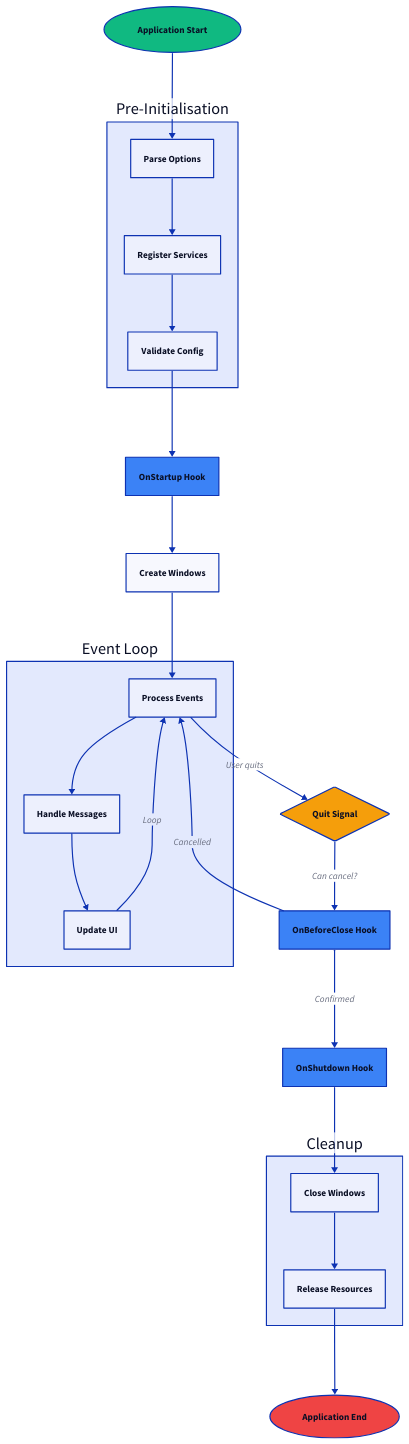
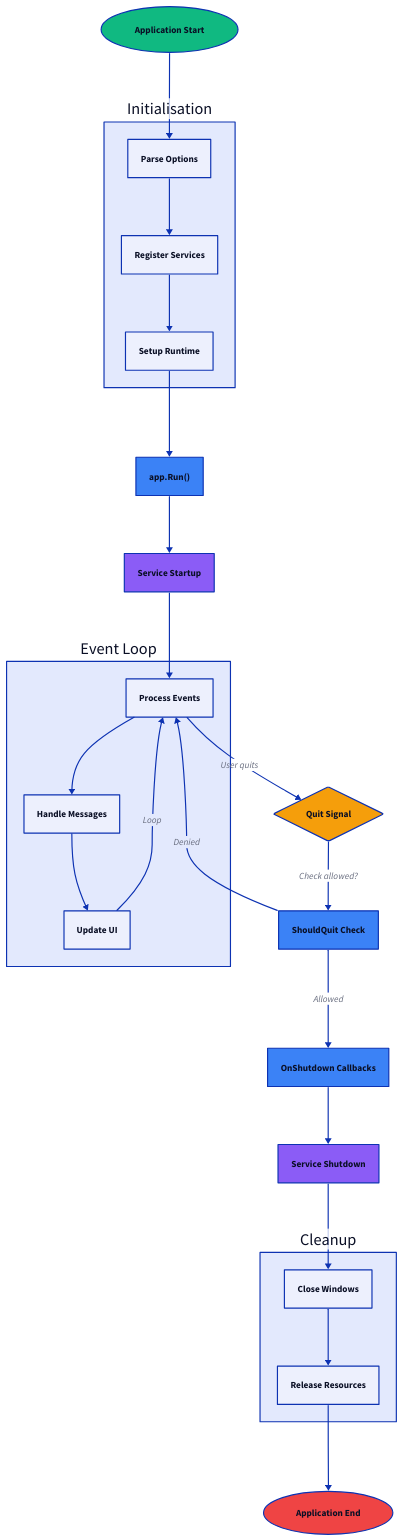
Before and after one commit to wailsapp/wails: the first of 2 diagrams in docs/src/content/docs/concepts/lifecycle.mdx, drawn with D2. The commit also changed other lines of this file and 2 other files, not shown here.

````diff
--- a/docs/src/content/docs/concepts/lifecycle.mdx
+++ b/docs/src/content/docs/concepts/lifecycle.mdx
@@ -21,25 +21,26 @@
   style.fill: "#10B981"
 }
 
-PreInit: "Pre-Initialisation" {
+Init: "Initialisation" {
   Parse: "Parse Options" {
     shape: rectangle
   }
   Register: "Register Services" {
     shape: rectangle
   }
-  Validate: "Validate Config" {
+  Setup: "Setup Runtime" {
     shape: rectangle
   }
 }
 
-OnStartup: "OnStartup Hook" {
+AppRun: "app.Run()" {
   shape: rectangle
   style.fill: "#3B82F6"
 }
 
-CreateWindows: "Create Windows" {
+ServiceStartup: "Service Startup" {
   shape: rectangle
+  style.fill: "#8B5CF6"
 }
 
 EventLoop: "Event Loop" {
@@ -59,14 +60,19 @@
   style.fill: "#F59E0B"
 }
 
-OnBeforeClose: "OnBeforeClose Hook" {
+ShouldQuit: "ShouldQuit Check" {
   shape: rectangle
   style.fill: "#3B82F6"
 }
 
-OnShutdown: "OnShutdown Hook" {
+OnShutdown: "OnShutdown Callbacks" {
   shape: rectangle
   style.fill: "#3B82F6"
+}
+
+ServiceShutdown: "Service Shutdown" {
+  shape: rectangle
+  style.fill: "#8B5CF6"
 }
 
 Cleanup: "Cleanup" {
@@ -83,20 +89,21 @@
   style.fill: "#EF4444"
 }
 
-Start -> PreInit.Parse
-PreInit.Parse -> PreInit.Register
-PreInit.Register -> PreInit.Validate
-PreInit.Validate -> OnStartup
-OnStartup -> CreateWindows
-CreateWindows -> EventLoop.Process
+Start -> Init.Parse
+Init.Parse -> Init.Register
+Init.Register -> Init.Setup
+Init.Setup -> AppRun
+AppRun -> ServiceStartup
+ServiceStartup -> EventLoop.Process
 EventLoop.Process -> EventLoop.Handle
 EventLoop.Handle -> EventLoop.Update
 EventLoop.Update -> EventLoop.Process: "Loop"
 EventLoop.Process -> QuitSignal: "User quits"
-QuitSignal -> OnBeforeClose: "Can cancel?"
-OnBeforeClose -> EventLoop.Process: "Cancelled"
-OnBeforeClose -> OnShutdown: "Confirmed"
-OnShutdown -> Cleanup.Close
+QuitSignal -> ShouldQuit: "Check allowed?"
+ShouldQuit -> EventLoop.Process: "Denied"
+ShouldQuit -> OnShutdown: "Allowed"
+OnShutdown -> ServiceShutdown
+ServiceShutdown -> Cleanup.Close
 Cleanup.Close -> Cleanup.Release
 Cleanup.Release -> End
 ```
````
